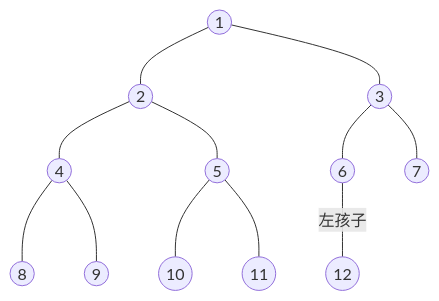
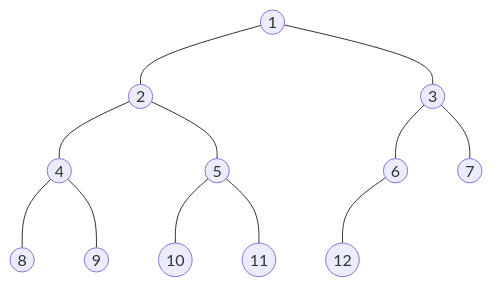
One commit to SoClear/soclear.github.io changed the second of 2 diagrams in docs/408/数据结构/5. 树与二叉树/5.2 二叉树的概念.md. Above: the diagram before and after it, drawn with Mermaid. The commit also changed 5 other files, not shown here.

````diff
--- a/docs/408/数据结构/5. 树与二叉树/5.2 二叉树的概念.md
+++ b/docs/408/数据结构/5. 树与二叉树/5.2 二叉树的概念.md
@@ -41,15 +41,17 @@
 ```mermaid
 graph TD
 1((1))---2((2))
 1---3((3))
 2---4((4))
 2---5((5))
 3---6((6))
 3---7((7))
 4---8((8))
 4---9((9))
 5---10((10))
 5---11((11))
-6-- 左孩子 ---12((12))
-
+6---12((12))
+6~~~13
+classDef empty color:transparent,fill:transparent,stroke:transparent
+class 13 empty
 ```
````
